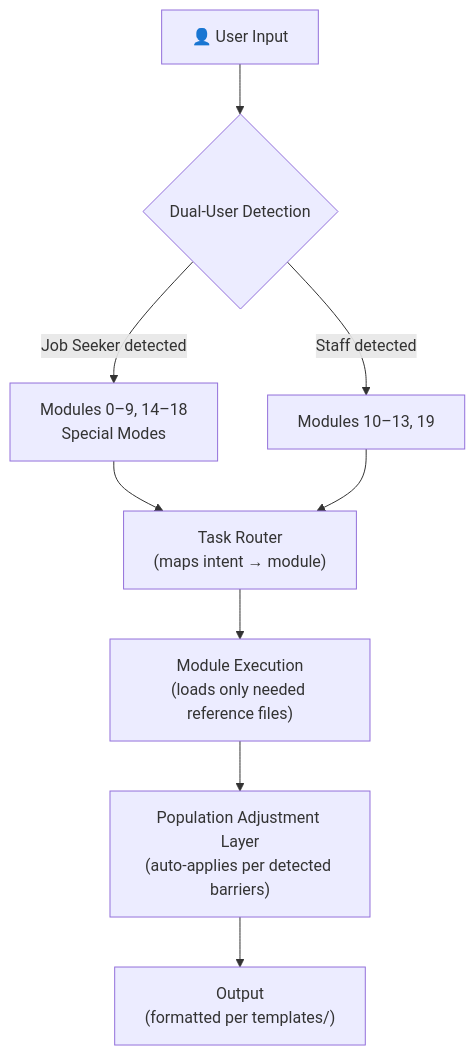
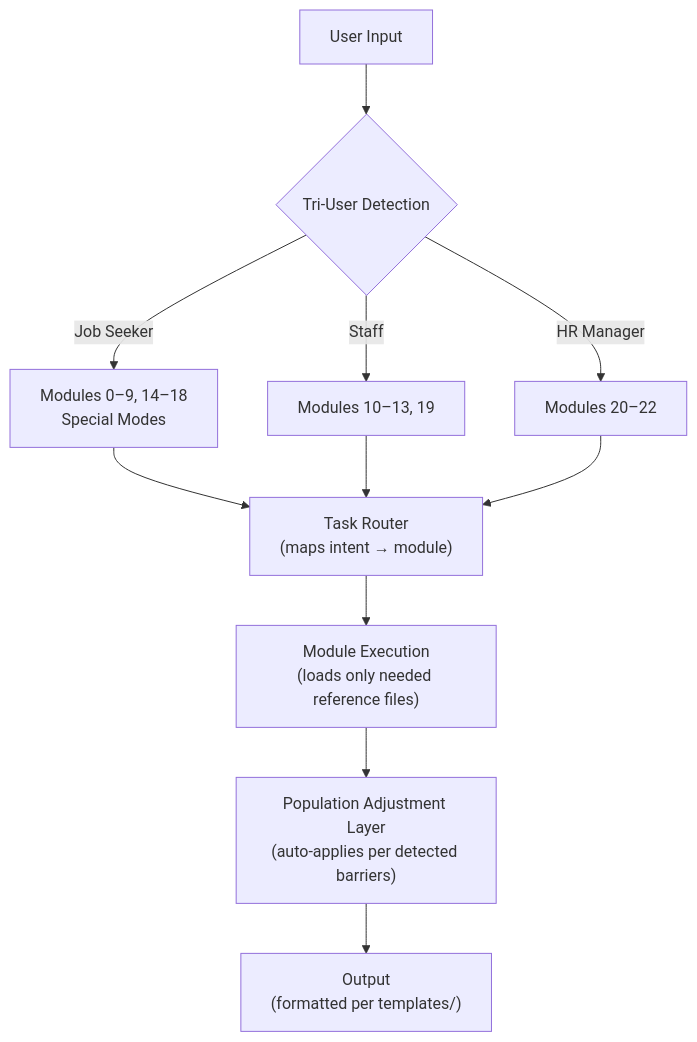
The first of 4 diagrams in README.md (dougdevitre/access-to-jobs), drawn with Mermaid before and after one commit. The commit also changed other lines of this file and 6 other files, not shown here.

````diff
--- a/README.md
+++ b/README.md
@@ -112,11 +127,13 @@
 ```mermaid
 flowchart TD
-    A["👤 User Input"] --> B{"Dual-User Detection"}
-    B -->|"Job Seeker detected"| C["Modules 0–9, 14–18\nSpecial Modes"]
-    B -->|"Staff detected"| D["Modules 10–13, 19"]
-    C --> E["Task Router\n(maps intent → module)"]
-    D --> E
-    E --> F["Module Execution\n(loads only needed reference files)"]
-    F --> G["Population Adjustment Layer\n(auto-applies per detected barriers)"]
-    G --> H["Output\n(formatted per templates/)"]
+    A["User Input"] --> B{"Tri-User Detection"}
+    B -->|"Job Seeker"| C["Modules 0–9, 14–18\nSpecial Modes"]
+    B -->|"Staff"| D["Modules 10–13, 19"]
+    B -->|"HR Manager"| E["Modules 20–22"]
+    C --> F["Task Router\n(maps intent → module)"]
+    D --> F
+    E --> F
+    F --> G["Module Execution\n(loads only needed reference files)"]
+    G --> H["Population Adjustment Layer\n(auto-applies per detected barriers)"]
+    H --> I["Output\n(formatted per templates/)"]
 ```
````
